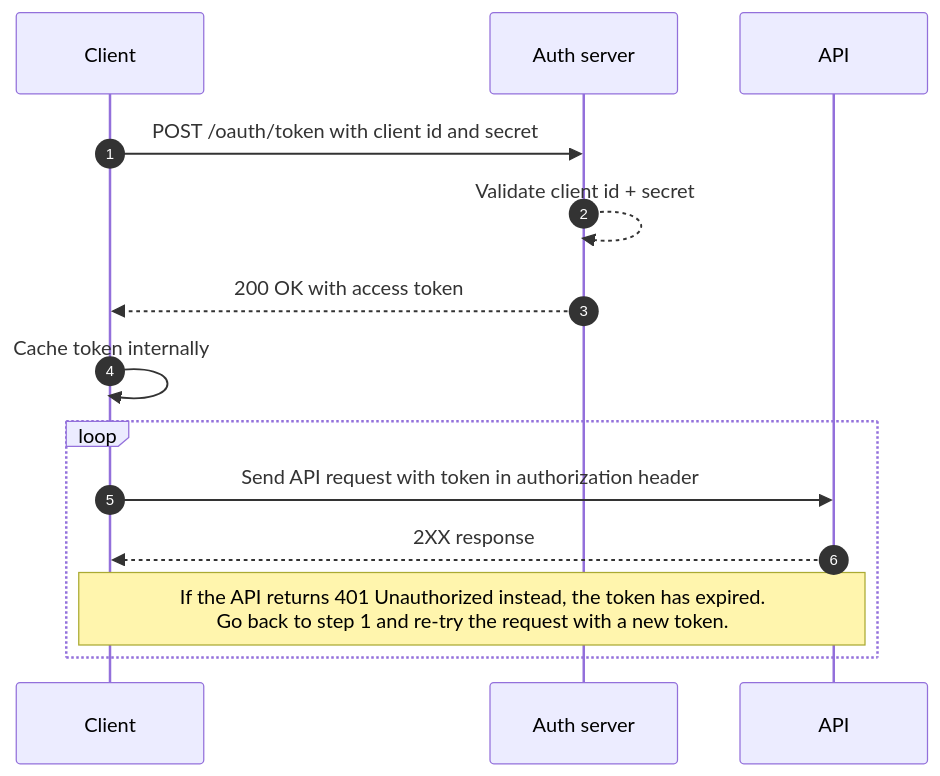
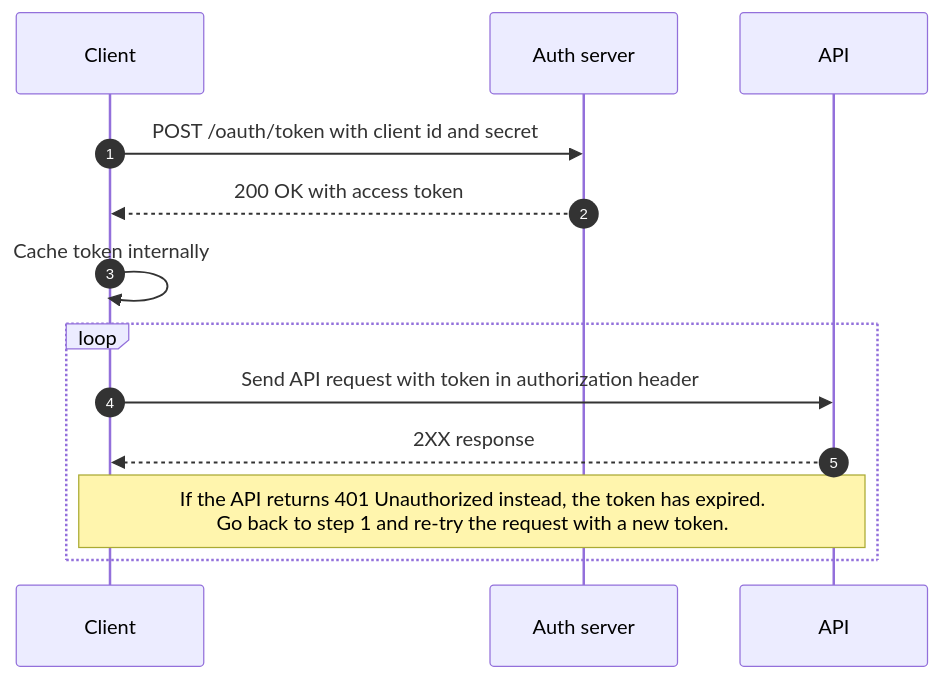
One commit to cultuurnet/apidocs changed the diagram in projects/authentication/docs/client-access-token.md. Above: the diagram before and after it, drawn with Mermaid. The commit also changed other lines of this file, not shown here.

First line of the commit message:
Remove validation step in flow

````diff
--- a/projects/authentication/docs/client-access-token.md
+++ b/projects/authentication/docs/client-access-token.md
@@ -21,13 +21,12 @@
 ```mermaid
 sequenceDiagram
     autonumber
     Client->>Auth server: POST /oauth/token with client id and secret
-    Auth server-->>Auth server: Validate client id + secret
     Auth server-->>Client: 200 OK with access token
     Client->>Client: Cache token internally
     loop
         Client->>API: Send API request with token in authorization header
         API-->>Client: 2XX response
         note over API,Client: If the API returns 401 Unauthorized instead, the token has expired.<br />Go back to step 1 and re-try the request with a new token.
     end
 ```
````
